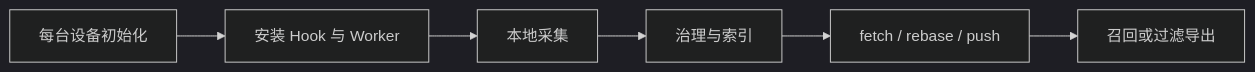
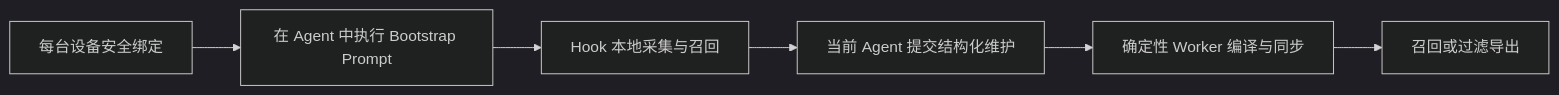
Before and after one commit to deweyou/harness: the diagram in docs/context-hub-operations.zh.md, drawn with Mermaid (dark theme). The commit also changed other lines of this file and 30 other files, not shown here.

Commit message:
feat(brain): finalize agent-lifecycle hooks and apply flow

````diff
--- a/docs/context-hub-operations.zh.md
+++ b/docs/context-hub-operations.zh.md
@@ -3,8 +3,8 @@
 ```mermaid
 flowchart LR
-  A["每台设备初始化"] --> B["安装 Hook 与 Worker"]
-  B --> C["本地采集"]
-  C --> D["治理与索引"]
-  D --> E["fetch / rebase / push"]
+  A["每台设备安全绑定"] --> B["在 Agent 中执行 Bootstrap Prompt"]
+  B --> C["Hook 本地采集与召回"]
+  C --> D["当前 Agent 提交结构化维护"]
+  D --> E["确定性 Worker 编译与同步"]
   E --> F["召回或过滤导出"]
 ```
````
